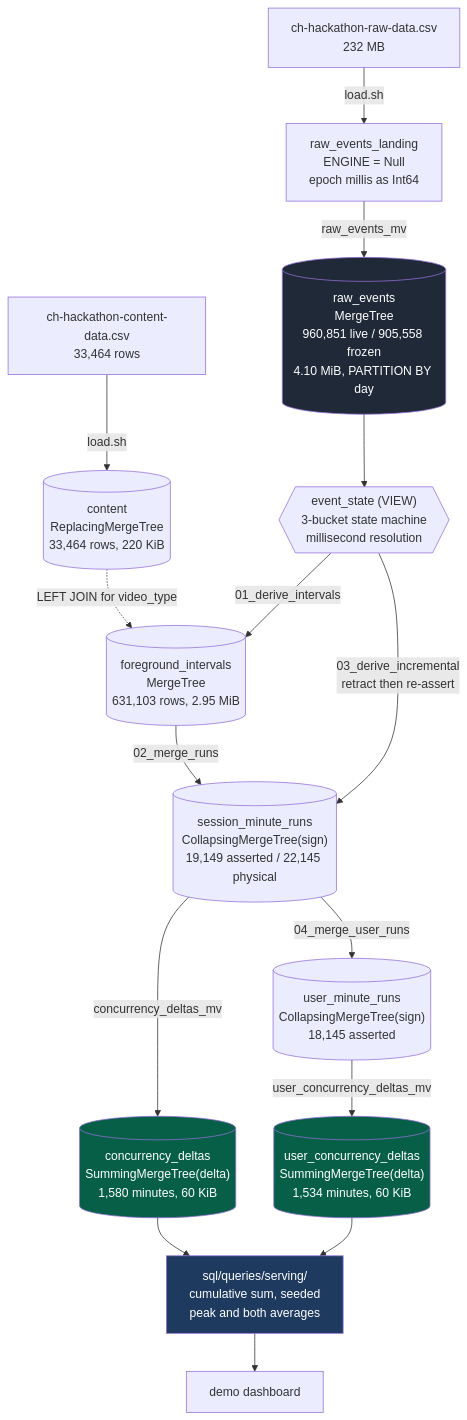
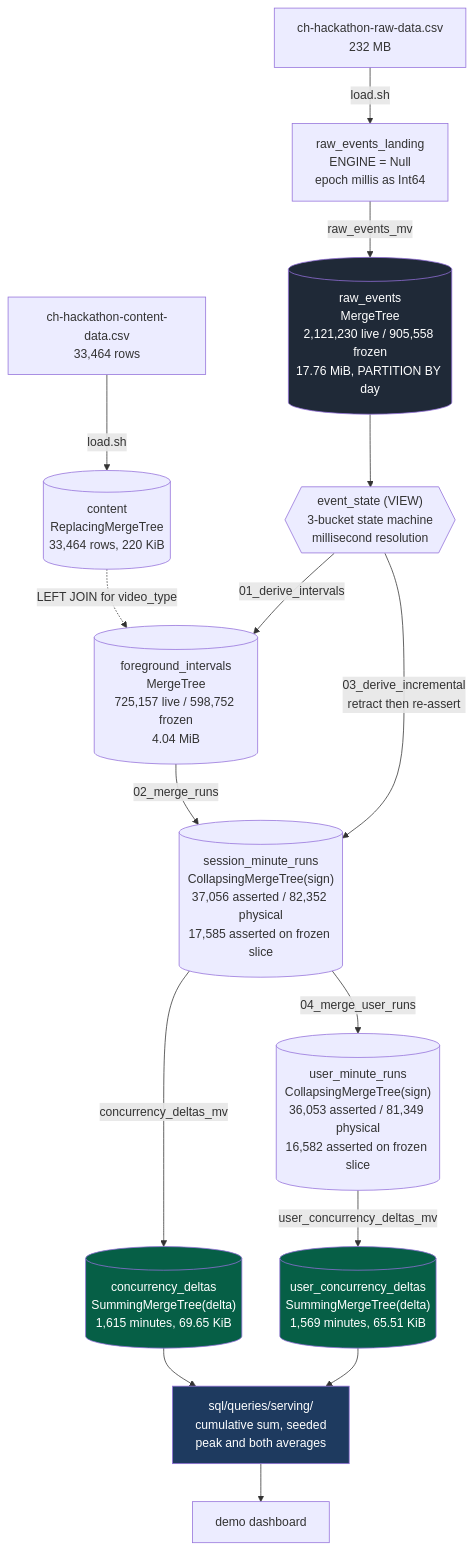
One commit to DynamiteC/phoenix-concurrency changed the diagram in docs/database_details.md. Above: the diagram before and after it, drawn with Mermaid. The commit also changed other lines of this file and 2 other files, not shown here.

````diff
--- a/docs/database_details.md
+++ b/docs/database_details.md
@@ -119,30 +175,32 @@
 ```mermaid
 flowchart TD
     CSV["ch-hackathon-raw-data.csv<br/>232 MB"] -->|load.sh| LAND
     CCSV["ch-hackathon-content-data.csv<br/>33,464 rows"] -->|load.sh| CONTENT[("content<br/>ReplacingMergeTree<br/>33,464 rows, 220 KiB")]
+%% Every figure in this diagram was re-read from system.parts on 2026-08-01 after the cleanup.
+%% raw_events keeps growing while ingest runs, so its live count is a reading, not a constant.
 
     LAND["raw_events_landing<br/>ENGINE = Null<br/>epoch millis as Int64"] -->|raw_events_mv| RAW
-    RAW[("raw_events<br/>MergeTree<br/>960,851 live / 905,558 frozen<br/>4.10 MiB, PARTITION BY day")]
+    RAW[("raw_events<br/>MergeTree<br/>2,121,230 live / 905,558 frozen<br/>17.76 MiB, PARTITION BY day")]
 
     RAW --> STATE{{"event_state (VIEW)<br/>3-bucket state machine<br/>millisecond resolution"}}
     STATE -->|01_derive_intervals| FI
     CONTENT -.->|LEFT JOIN for video_type| FI
 
-    FI[("foreground_intervals<br/>MergeTree<br/>631,103 rows, 2.95 MiB")]
+    FI[("foreground_intervals<br/>MergeTree<br/>725,157 live / 598,752 frozen<br/>4.04 MiB")]
     FI -->|02_merge_runs| SMR
     STATE -->|03_derive_incremental<br/>retract then re-assert| SMR
 
-    SMR[("session_minute_runs<br/>CollapsingMergeTree(sign)<br/>19,149 asserted / 22,145 physical")]
-    SMR -->|concurrency_deltas_mv| CD[("concurrency_deltas<br/>SummingMergeTree(delta)<br/>1,580 minutes, 60 KiB")]
-    SMR -->|04_merge_user_runs| UMR[("user_minute_runs<br/>CollapsingMergeTree(sign)<br/>18,145 asserted")]
-    UMR -->|user_concurrency_deltas_mv| UCD[("user_concurrency_deltas<br/>SummingMergeTree(delta)<br/>1,534 minutes, 60 KiB")]
+    SMR[("session_minute_runs<br/>CollapsingMergeTree(sign)<br/>37,056 asserted / 82,352 physical<br/>17,585 asserted on frozen slice")]
+    SMR -->|concurrency_deltas_mv| CD[("concurrency_deltas<br/>SummingMergeTree(delta)<br/>1,615 minutes, 69.65 KiB")]
+    SMR -->|04_merge_user_runs| UMR[("user_minute_runs<br/>CollapsingMergeTree(sign)<br/>36,053 asserted / 81,349 physical<br/>16,582 asserted on frozen slice")]
+    UMR -->|user_concurrency_deltas_mv| UCD[("user_concurrency_deltas<br/>SummingMergeTree(delta)<br/>1,569 minutes, 65.51 KiB")]
 
     CD --> SERVE["sql/queries/serving/<br/>cumulative sum, seeded<br/>peak and both averages"]
     UCD --> SERVE
     SERVE --> DASH["demo dashboard"]
 
     style RAW fill:#1f2937,color:#fff
     style CD fill:#065f46,color:#fff
     style UCD fill:#065f46,color:#fff
     style SERVE fill:#1e3a5f,color:#fff
 ```
````
